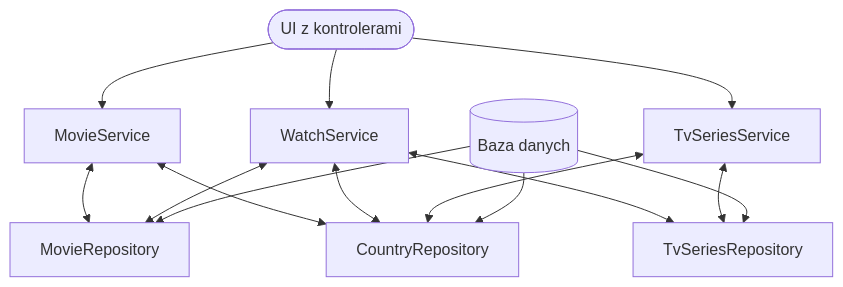
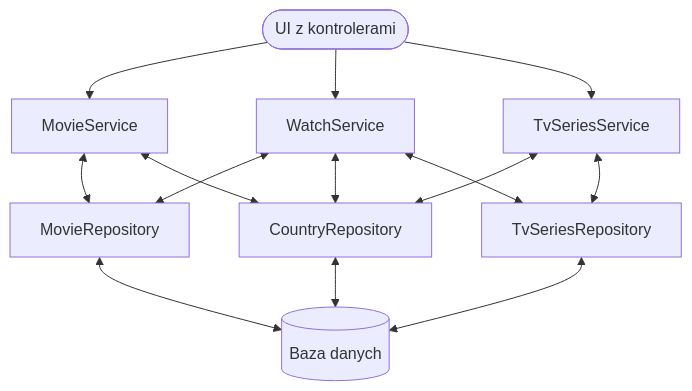
The diagram in Tydzien8/Lekcja2/LEKCJA2–WzorzecRepozytorium-serwis.md (malgorzataMielczarek/KursZostanProgramistaASPdotNET), drawn with Mermaid before and after one commit.

Commit message:
Update example graph LEKCJA2–WzorzecRepozytorium-serwis.md

````diff
--- a/Tydzien8/Lekcja2/LEKCJA2–WzorzecRepozytorium-serwis.md
+++ b/Tydzien8/Lekcja2/LEKCJA2–WzorzecRepozytorium-serwis.md
@@ -43,24 +43,7 @@
-```mermaid =
-flowchart TD
-w([UI z kontrolerami])
-s1[MovieService]
-s2[WatchService]
-s3[TvSeriesService]
-r1[MovieRepository]
-r2[CountryRepository]
-r3[TvSeriesRepository]
-d[(Baza danych)]
-w --> s1
-w --> s2
-w --> s3
-s1 <--> r1
-s1 <--> r2
-s2 <--> r1
-s2 <--> r2
-s2 <--> r3
-s3 <--> r2
-s3 <--> r3
-d --> r1
-d --> r2
-d --> r3
+```mermaid
+graph TD;
+   w([UI z kontrolerami]) --> s1[MovieService] & s2[WatchService] & s3[TvSeriesService];
+   s2 <--> r1[MovieRepository] & r2[CountryRepository] & r3[TvSeriesRepository] <--> d[(Baza danych)];
+   s1 <--> r1 & r2;
+   s3 <--> r2 & r3;
 ```
````
